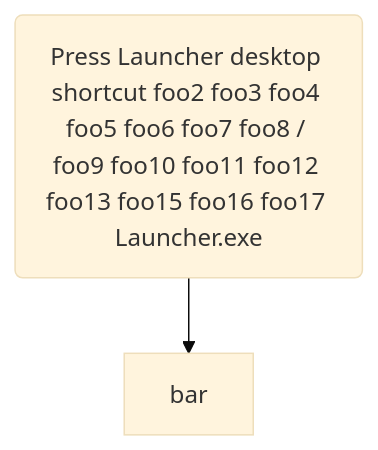
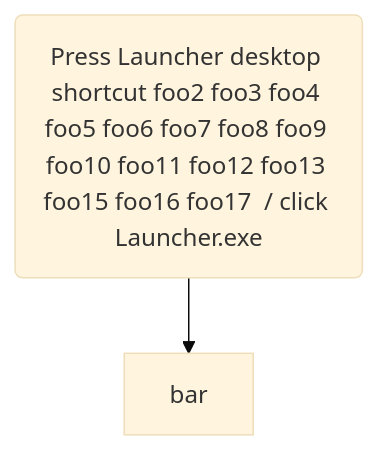
One commit to funjobie/OpenSwordArtsVR changed diagram 16 of 16 in sandbox/MerMaid_diagram_integration.md. Above: the diagram before and after it, drawn with Mermaid (base theme). The commit also changed other lines of this file, not shown here.

Commit message:
fix troubleshooting example

````diff
--- a/sandbox/MerMaid_diagram_integration.md
+++ b/sandbox/MerMaid_diagram_integration.md
@@ -205,4 +205,4 @@
 ```mermaid
 flowchart TD
-    foo(Press Launcher desktop shortcut foo2 foo3 foo4 foo5 foo6 foo7 foo8 / foo9 foo10 foo11 foo12 foo13 foo15 foo16 foo17 Launcher.exe) --> bar
+    foo(Press Launcher desktop shortcut foo2 foo3 foo4 foo5 foo6 foo7 foo8 foo9 foo10 foo11 foo12 foo13 foo15 foo16 foo17  / click Launcher.exe) --> bar
 ```
````
